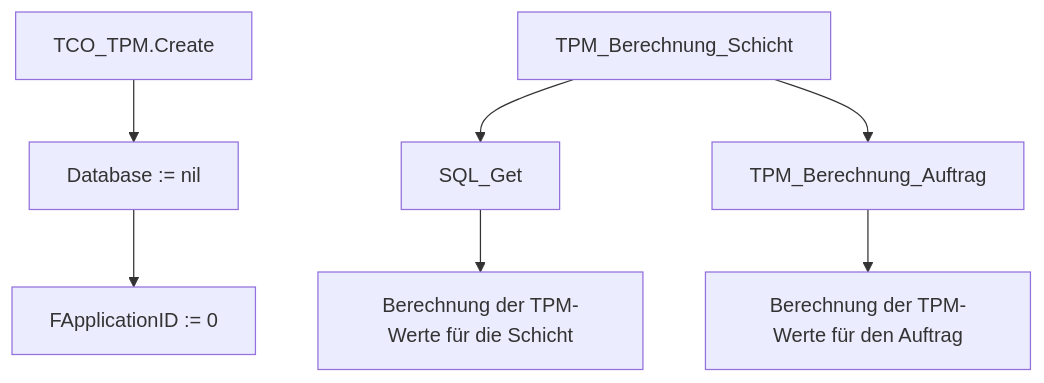
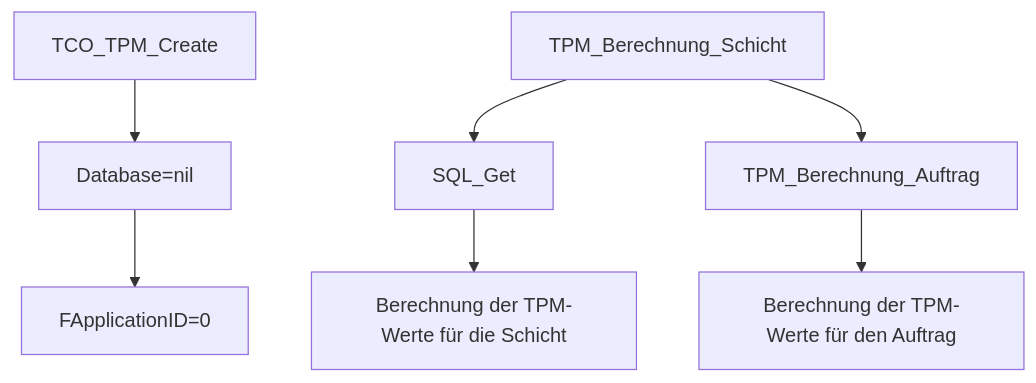
Diagram 11 of 13 in INCLService_Funktionsaufruf_Diagramm.md (MadIsBack/INCL), drawn with Mermaid before and after one commit. The commit also changed other lines of this file, not shown here.

First line of the commit message:
Fix Mermaid diagram syntax errors - comprehensive fix including [I] array indexers

````diff
--- a/INCLService_Funktionsaufruf_Diagramm.md
+++ b/INCLService_Funktionsaufruf_Diagramm.md
@@ -452,13 +452,13 @@
 ```mermaid
 graph TD
     %% CO_TPM Hauptfunktionen
-    A10[TCO_TPM.Create] --> B10[Database := nil]
-    B10 --> C10[FApplicationID := 0]
+    A10[TCO_TPM_Create] --> B10[Database=nil]
+    B10 --> C10[FApplicationID=0]
     
     %% Berechnungsfunktionen
     D10[TPM_Berechnung_Schicht] --> E10[SQL_Get]
     E10 --> F10[Berechnung der TPM-Werte für die Schicht]
     
     D10 --> G10[TPM_Berechnung_Auftrag]
     G10 --> H10[Berechnung der TPM-Werte für den Auftrag]
 ```
````
